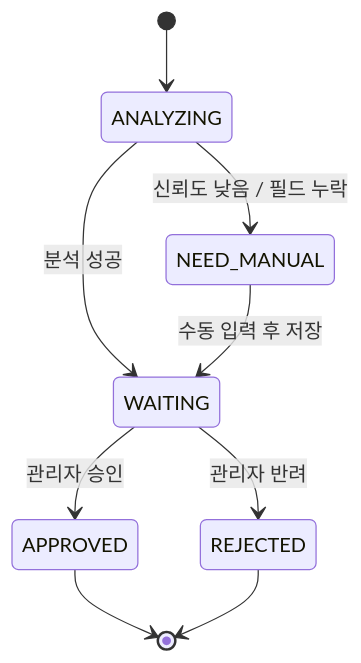
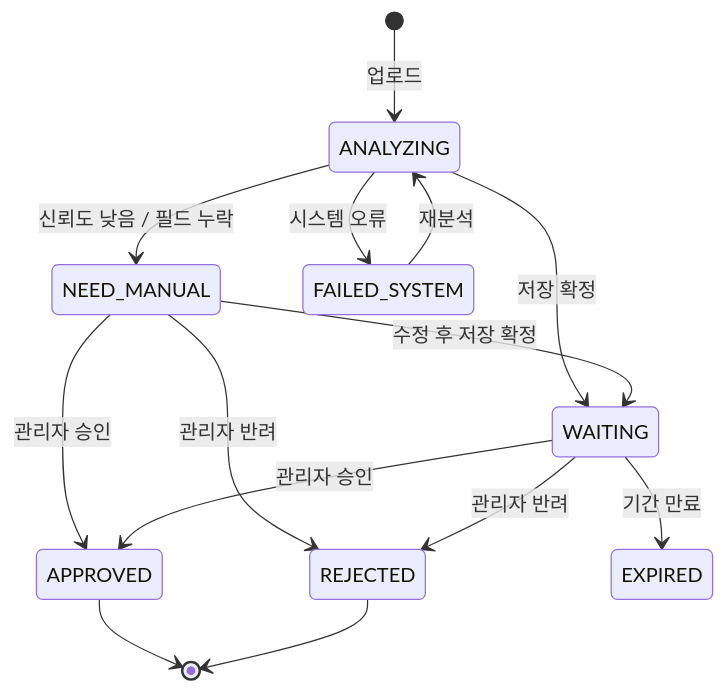
One commit to kkw8989/Re-Mate changed the third of 5 diagrams in README.md. Above: the diagram before and after it, drawn with Mermaid. The commit also changed other lines of this file, not shown here.

````diff
--- a/README.md
+++ b/README.md
@@ -214,11 +249,16 @@
 ```mermaid
 stateDiagram-v2
-    [*] --> ANALYZING
-    ANALYZING --> WAITING: 분석 성공
+    [*] --> ANALYZING: 업로드
+    ANALYZING --> WAITING: 저장 확정
     ANALYZING --> NEED_MANUAL: 신뢰도 낮음 / 필드 누락
-    NEED_MANUAL --> WAITING: 수동 입력 후 저장
+    ANALYZING --> FAILED_SYSTEM: 시스템 오류
+    NEED_MANUAL --> WAITING: 수정 후 저장 확정
+    NEED_MANUAL --> APPROVED: 관리자 승인
+    NEED_MANUAL --> REJECTED: 관리자 반려
+    FAILED_SYSTEM --> ANALYZING: 재분석
     WAITING --> APPROVED: 관리자 승인
     WAITING --> REJECTED: 관리자 반려
+    WAITING --> EXPIRED: 기간 만료
     APPROVED --> [*]
     REJECTED --> [*]
 ```
````
